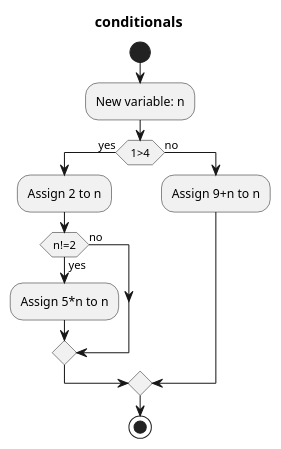
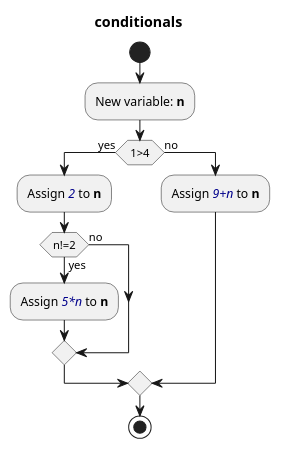
One commit to afmoyar/Java-Documentator changed the diagram in Java-documentator/Documentation/Method_conditionals_diagram.puml. Above: the diagram before and after it, drawn with PlantUML. The commit also changed 9 other files, not shown here.

```diff
--- a/Java-documentator/Documentation/Method_conditionals_diagram.puml
+++ b/Java-documentator/Documentation/Method_conditionals_diagram.puml
@@ -1,15 +1,15 @@
 @startuml
 title conditionals
 start
-:New variable: n;
+:New variable: <b>n</b>;
 if (1>4) then (yes)
-:Assign 2 to n;
+:Assign <color:darkblue><i>2</i></color> to <b>n</b>;
 if (n!=2) then (yes)
-:Assign 5*n to n;
+:Assign <color:darkblue><i>5*n</i></color> to <b>n</b>;
 else (no)
 endif
 else (no)
-:Assign 9+n to n;
+:Assign <color:darkblue><i>9+n</i></color> to <b>n</b>;
 endif
 stop
 @enduml
```
